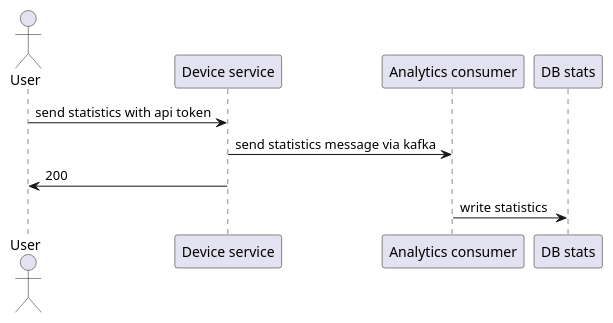
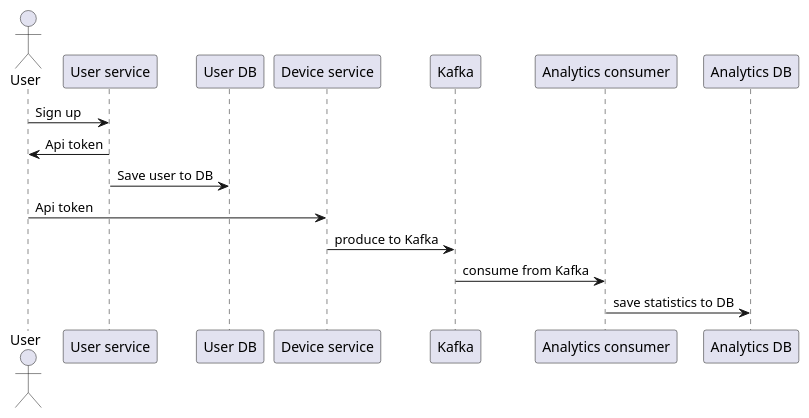
The diagram in sequence_diargam_user.puml (Anya97/metrica), drawn with PlantUML before and after one commit. The commit also changed 10 other files, not shown here.

Commit message:
added diagrams

```diff
--- a/sequence_diargam_user.puml
+++ b/sequence_diargam_user.puml
@@ -1,10 +1,13 @@
 @startuml
 
 actor "User"
 
-"User"-> "Device service": send statistics with api token
-"Device service"-> "Analytics consumer": send statistics message via kafka
-"User"<- "Device service": 200
-"Analytics consumer"-> "DB stats": write statistics
+"User" -> "User service": Sign up
+"User service" -> "User": Api token
+"User service" -> "User DB": Save user to DB
+"User" -> "Device service": Api token
+"Device service" -> "Kafka": produce to Kafka
+"Kafka" -> "Analytics consumer": consume from Kafka
+"Analytics consumer" -> "Analytics DB": save statistics to DB
 
 @enduml
```
